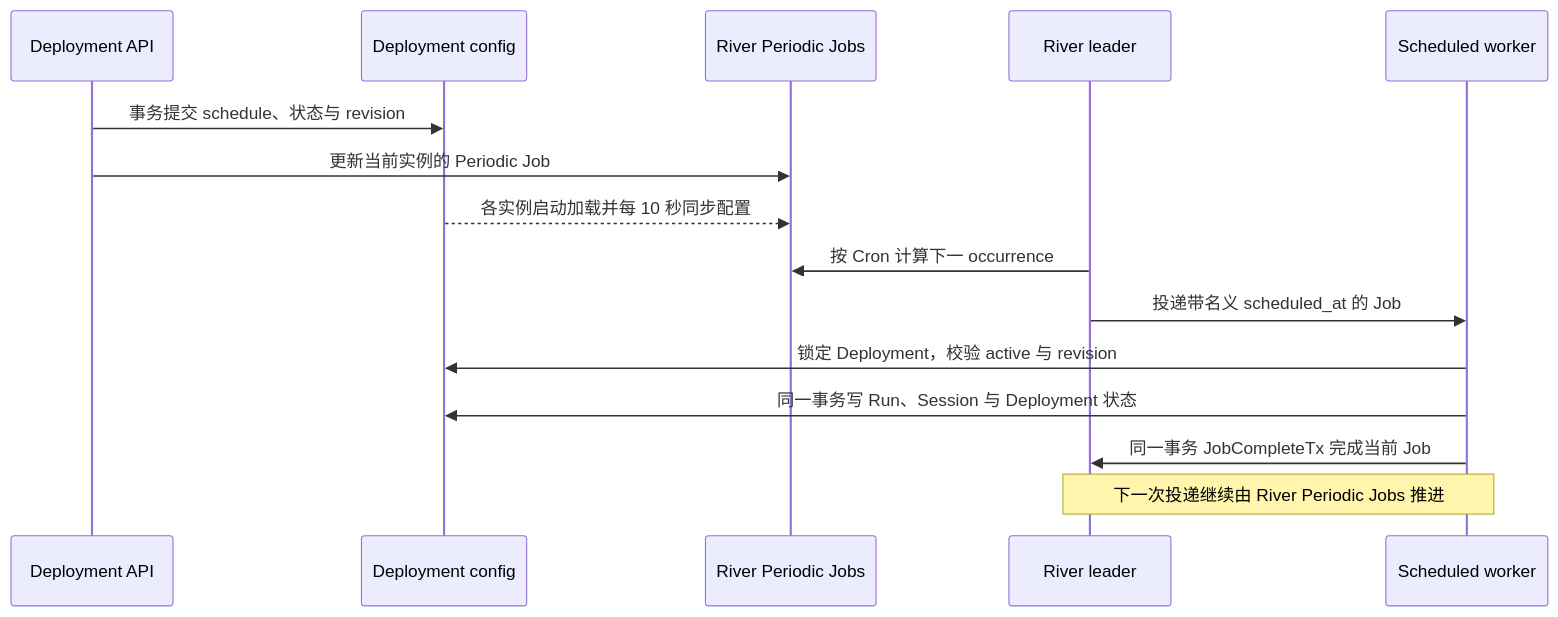
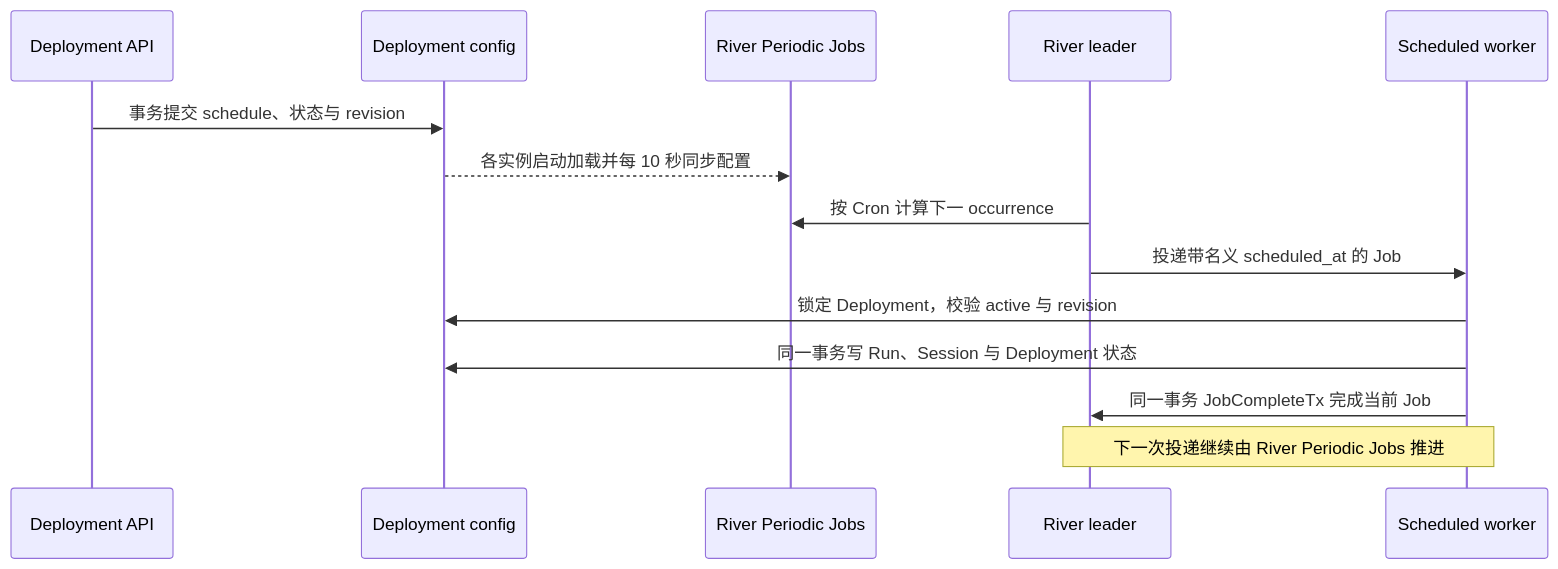
One commit to superduck-ai/open-managed-agents changed the diagram in docs/design/be/deployments-api-contract.md. Above: the diagram before and after it, drawn with Mermaid. The commit also changed other lines of this file and 16 other files, not shown here.

````diff
--- a/docs/design/be/deployments-api-contract.md
+++ b/docs/design/be/deployments-api-contract.md
@@ -71,18 +71,17 @@
 ```mermaid
 sequenceDiagram
     participant API as Deployment API
     participant AppDB as Deployment config
     participant Registry as River Periodic Jobs
     participant Leader as River leader
     participant Worker as Scheduled worker
 
     API->>AppDB: 事务提交 schedule、状态与 revision
-    API->>Registry: 更新当前实例的 Periodic Job
     AppDB-->>Registry: 各实例启动加载并每 10 秒同步配置
     Leader->>Registry: 按 Cron 计算下一 occurrence
     Leader->>Worker: 投递带名义 scheduled_at 的 Job
     Worker->>AppDB: 锁定 Deployment，校验 active 与 revision
     Worker->>AppDB: 同一事务写 Run、Session 与 Deployment 状态
     Worker->>Leader: 同一事务 JobCompleteTx 完成当前 Job
     Note over Leader,Worker: 下一次投递继续由 River Periodic Jobs 推进
 ```
````
